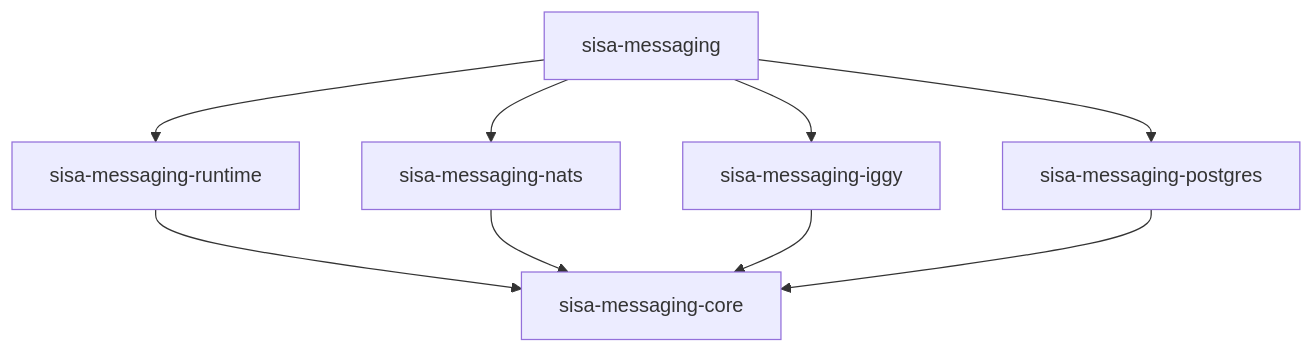
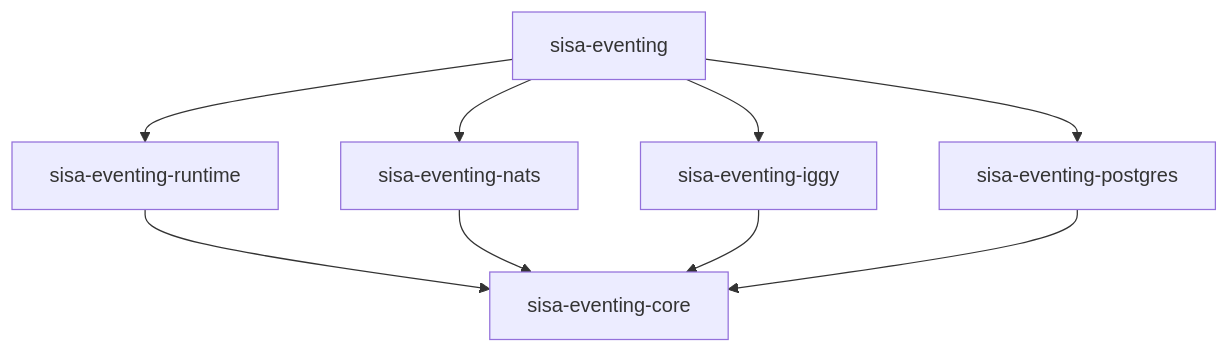
One commit to sisaio/sisa-messaging-rs changed the diagram in docs/01-architecture.md. Above: the diagram before and after it, drawn with Mermaid. The commit also changed other lines of this file and 87 other files, not shown here.

First line of the commit message:
refactor: rename the crates to sisa-eventing

````diff
--- a/docs/01-architecture.md
+++ b/docs/01-architecture.md
@@ -44,11 +44,11 @@
 ```mermaid
 flowchart TD
-    facade[sisa-messaging] --> runtime[sisa-messaging-runtime]
-    facade --> nats[sisa-messaging-nats]
-    facade --> iggy[sisa-messaging-iggy]
-    facade --> postgres[sisa-messaging-postgres]
-    runtime --> core[sisa-messaging-core]
+    facade[sisa-eventing] --> runtime[sisa-eventing-runtime]
+    facade --> nats[sisa-eventing-nats]
+    facade --> iggy[sisa-eventing-iggy]
+    facade --> postgres[sisa-eventing-postgres]
+    runtime --> core[sisa-eventing-core]
     nats --> core
     iggy --> core
     postgres --> core
 ```
````
